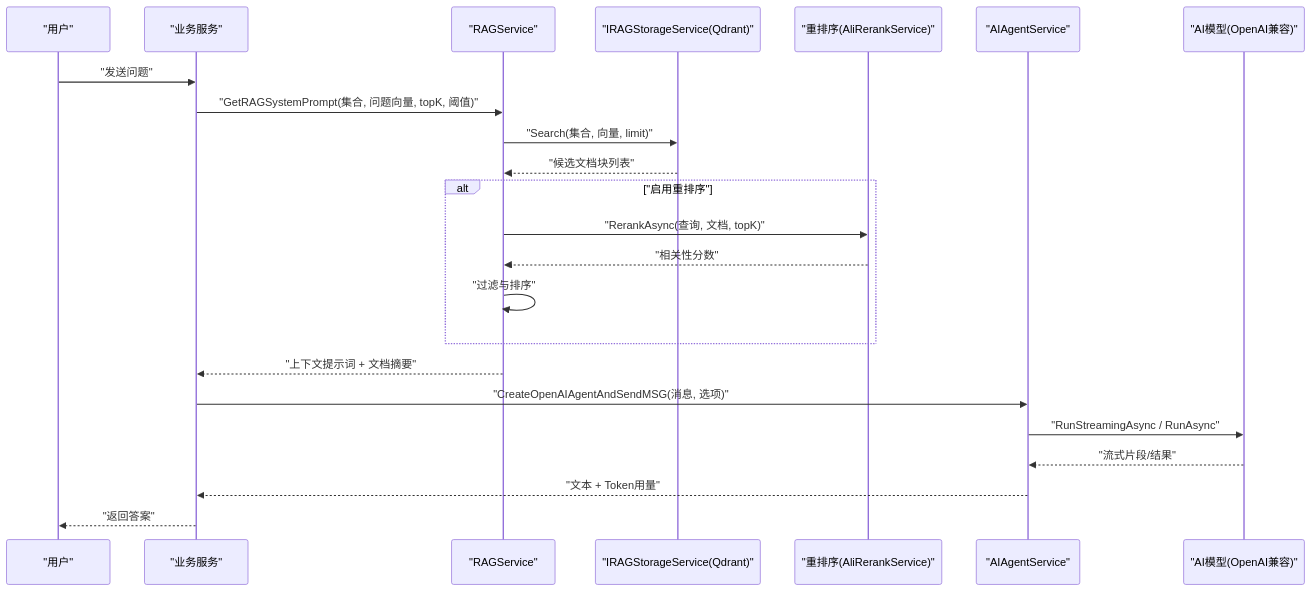
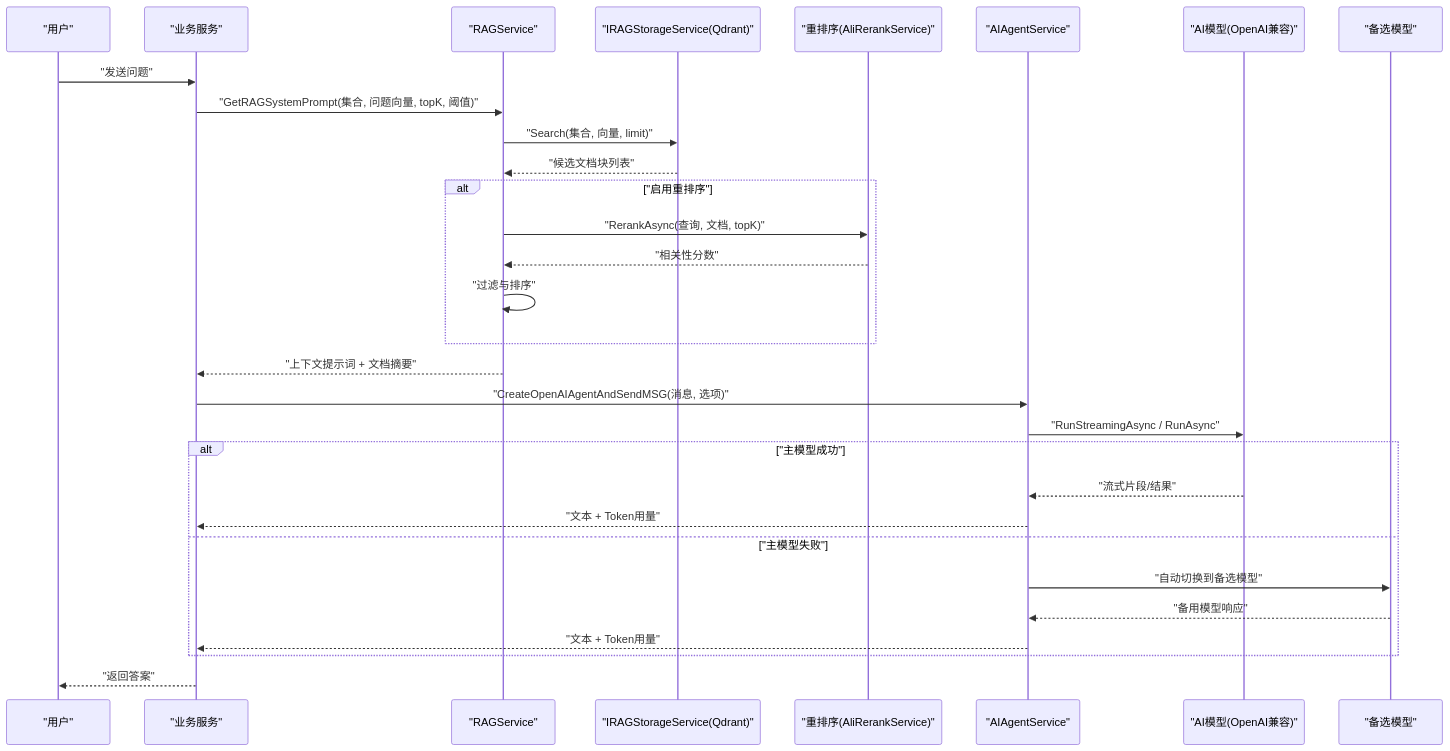
Before and after one commit to junkai-li/NetCoreKevin: the second of 9 diagrams in .qoder/repowiki/zh/content/AI智能体/AI智能体.md, drawn with Mermaid. The commit also changed other lines of this file and 7 other files, not shown here.

````diff
--- a/.qoder/repowiki/zh/content/AI智能体/AI智能体.md
+++ b/.qoder/repowiki/zh/content/AI智能体/AI智能体.md
@@ -109,25 +133,32 @@
 ```mermaid
 sequenceDiagram
 participant U as "用户"
 participant API as "业务服务"
 participant RAG as "RAGService"
 participant STORE as "IRAGStorageService(Qdrant)"
 participant RE as "重排序(AliRerankService)"
 participant AG as "AIAgentService"
 participant LLM as "AI模型(OpenAI兼容)"
+participant FALLBACK as "备选模型"
 U->>API : "发送问题"
 API->>RAG : "GetRAGSystemPrompt(集合, 问题向量, topK, 阈值)"
 RAG->>STORE : "Search(集合, 向量, limit)"
 STORE-->>RAG : "候选文档块列表"
 alt "启用重排序"
 RAG->>RE : "RerankAsync(查询, 文档, topK)"
 RE-->>RAG : "相关性分数"
 RAG->>RAG : "过滤与排序"
 end
 RAG-->>API : "上下文提示词 + 文档摘要"
 API->>AG : "CreateOpenAIAgentAndSendMSG(消息, 选项)"
 AG->>LLM : "RunStreamingAsync / RunAsync"
+alt "主模型成功"
 LLM-->>AG : "流式片段/结果"
 AG-->>API : "文本 + Token用量"
+else "主模型失败"
+AG->>FALLBACK : "自动切换到备选模型"
+FALLBACK-->>AG : "备用模型响应"
+AG-->>API : "文本 + Token用量"
+end
 API-->>U : "返回答案"
 ```
````
